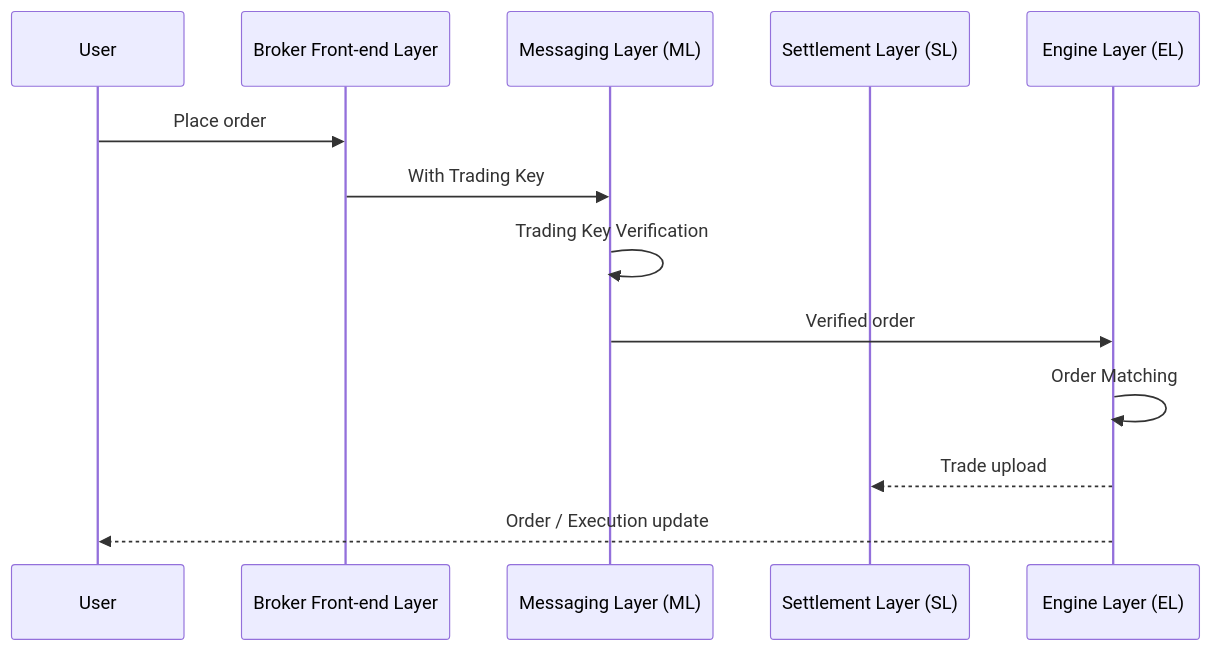
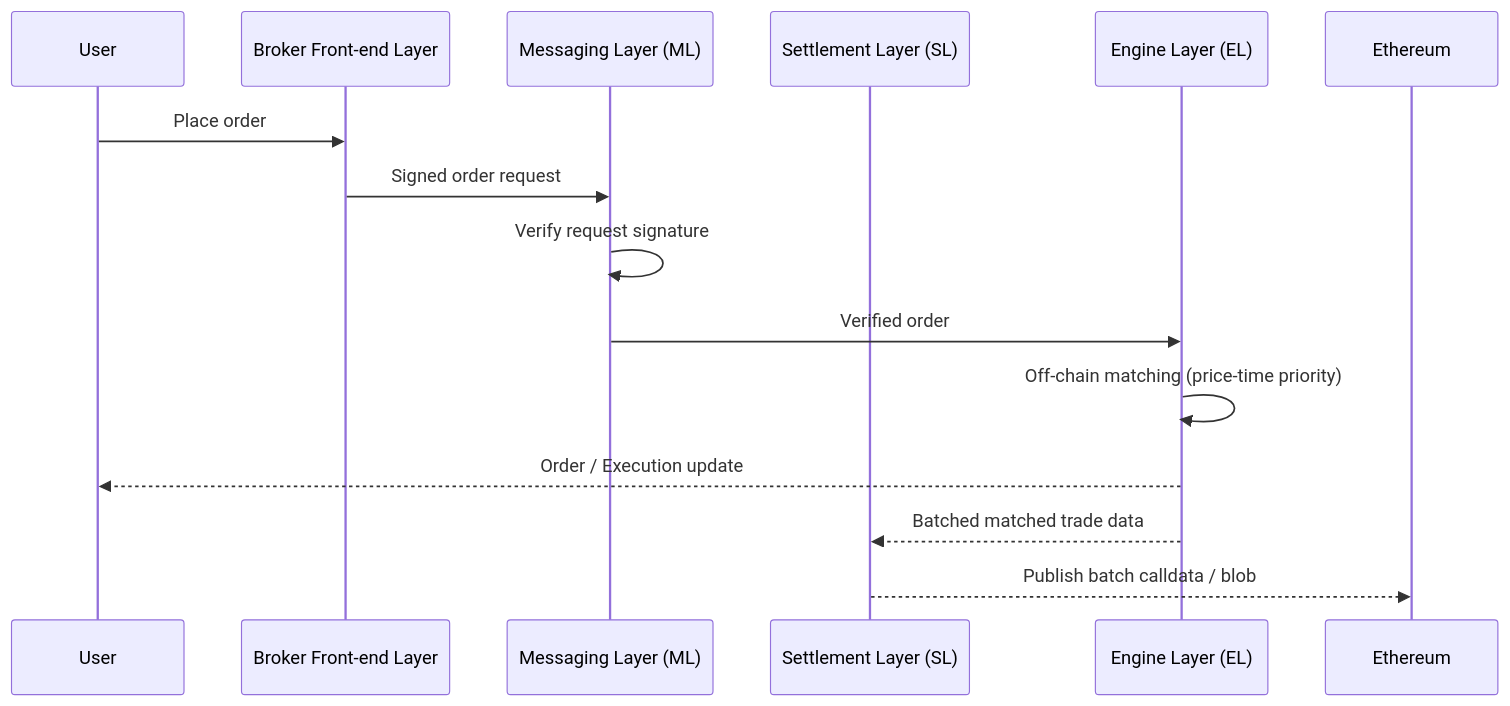
The diagram in build-on-omnichain/user-flows/order-management.mdx (OrderlyNetwork/documentation-public), drawn with Mermaid before and after one commit. The commit also changed other lines of this file and 3 other files, not shown here.

````diff
--- a/build-on-omnichain/user-flows/order-management.mdx
+++ b/build-on-omnichain/user-flows/order-management.mdx
@@ -16,27 +19,31 @@
 ```mermaid
 sequenceDiagram
     participant U as User
     participant BF as Broker Front-end Layer
     participant ML as Messaging Layer (ML)
     participant SL as Settlement Layer (SL)
     participant EL as Engine Layer (EL)
+    participant ETH as Ethereum
 
     %% User places order
     U->>BF: Place order
 
     %% Trading Key handling
-    BF->>ML: With Trading Key
-    ML->>ML: Trading Key Verification
+    BF->>ML: Signed order request
+    ML->>ML: Verify request signature
 
     %% Forward to engine
     ML->>EL: Verified order
 
     %% Matching engine
-    EL->>EL: Order Matching
-
-    %% Trade result
-    EL-->>SL: Trade upload
+    EL->>EL: Off-chain matching (price-time priority)
 
     %% Execution update broadcast
     EL-->>U: Order / Execution update
+
+    %% Trade result
+    EL-->>SL: Batched matched trade data
+
+    %% L2 data publication
+    SL-->>ETH: Publish batch calldata / blob
 ```
````
